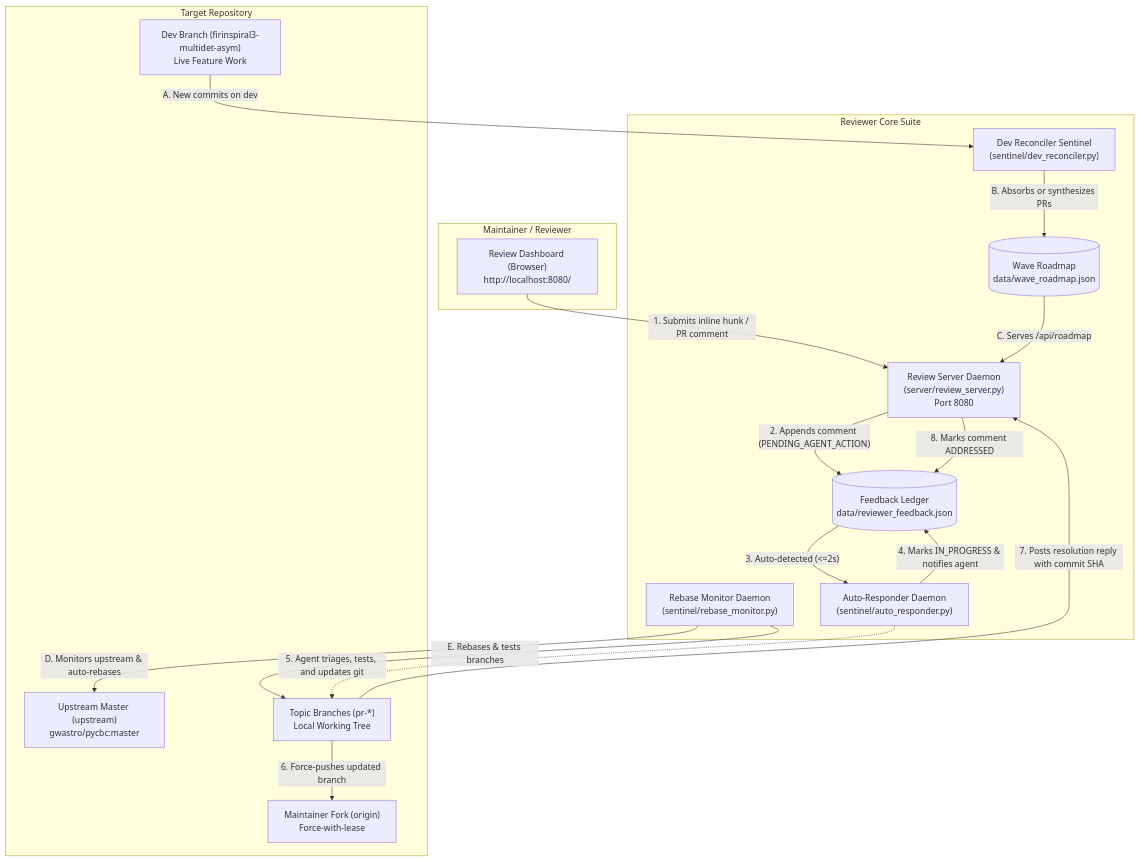
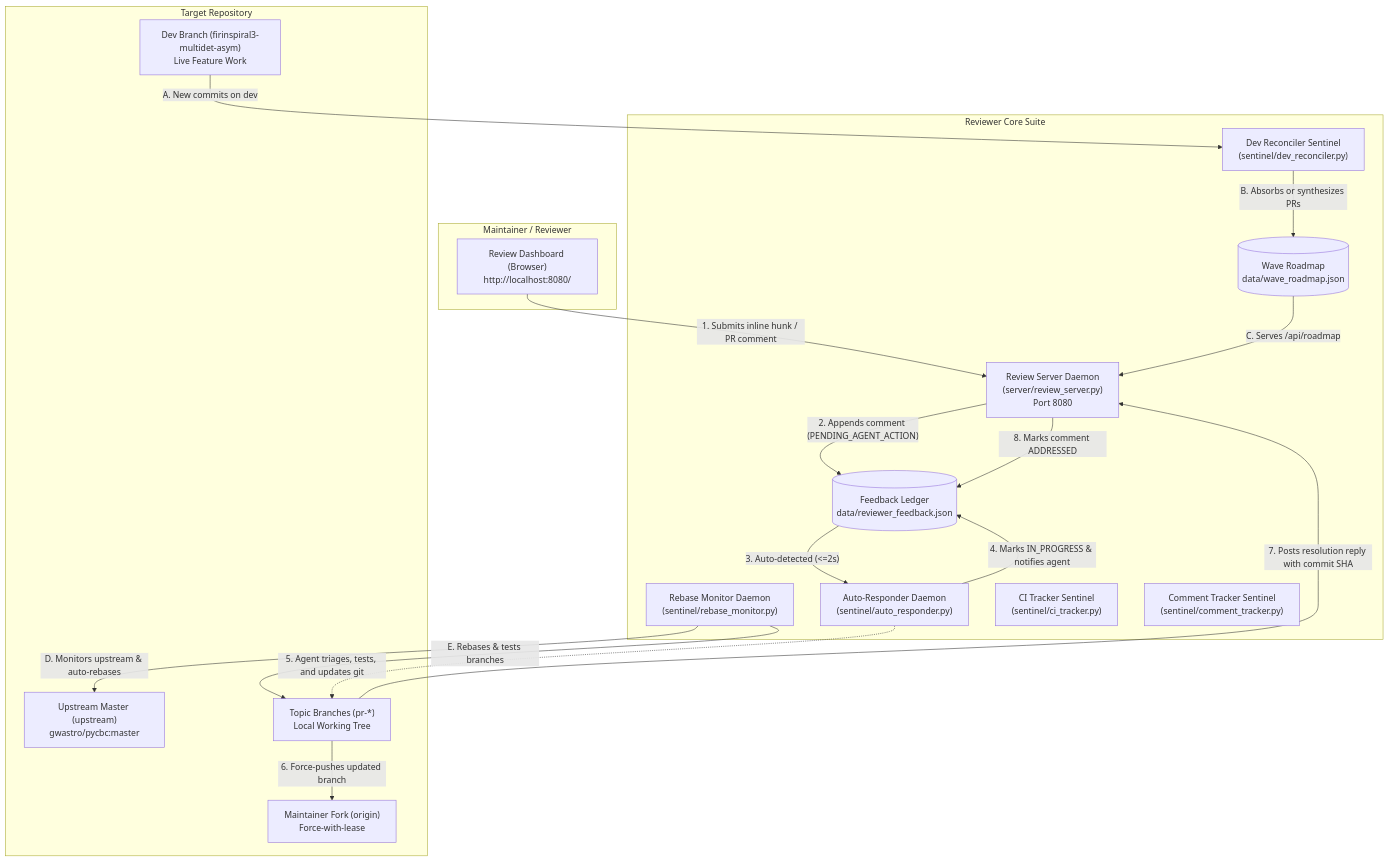
The diagram in AGENTS.md (ahnitz/reviewer), drawn with Mermaid before and after one commit. The commit also changed other lines of this file and 19 other files, not shown here.

````diff
--- a/AGENTS.md
+++ b/AGENTS.md
@@ -13,38 +13,40 @@
 ```mermaid
 flowchart TD
     subgraph Human["Maintainer / Reviewer"]
         UI["Review Dashboard (Browser)\nhttp://localhost:8080/"]
     end
 
     subgraph Reviewer["Reviewer Core Suite"]
         SERVER["Review Server Daemon\n(server/review_server.py)\nPort 8080"]
         LEDGER[("Feedback Ledger\ndata/reviewer_feedback.json")]
         ROADMAP[("Wave Roadmap\ndata/wave_roadmap.json")]
         REBASE["Rebase Monitor Daemon\n(sentinel/rebase_monitor.py)"]
         RESPONDER["Auto-Responder Daemon\n(sentinel/auto_responder.py)"]
+        CI_TRACKER["CI Tracker Sentinel\n(sentinel/ci_tracker.py)"]
+        CMT_TRACKER["Comment Tracker Sentinel\n(sentinel/comment_tracker.py)"]
         DEV_RECONCILER["Dev Reconciler Sentinel\n(sentinel/dev_reconciler.py)"]
     end
 
     subgraph Git["Target Repository"]
         LOCAL_GIT["Topic Branches (pr-*)\nLocal Working Tree"]
         DEV_BRANCH["Dev Branch (firinspiral3-multidet-asym)\nLive Feature Work"]
         REMOTE_FORK["Maintainer Fork (origin)\nForce-with-lease"]
         UPSTREAM["Upstream Master (upstream)\ngwastro/pycbc:master"]
     end
 
     UI -- "1. Submits inline hunk / PR comment" --> SERVER
     SERVER -- "2. Appends comment (PENDING_AGENT_ACTION)" --> LEDGER
     LEDGER -- "3. Auto-detected (<=2s)" --> RESPONDER
     RESPONDER -- "4. Marks IN_PROGRESS & notifies agent" --> LEDGER
     RESPONDER -. "5. Agent triages, tests, and updates git" .-> LOCAL_GIT
     LOCAL_GIT -- "6. Force-pushes updated branch" --> REMOTE_FORK
     LOCAL_GIT -- "7. Posts resolution reply with commit SHA" --> SERVER
     SERVER -- "8. Marks comment ADDRESSED" --> LEDGER
 
     DEV_BRANCH -- "A. New commits on dev" --> DEV_RECONCILER
     DEV_RECONCILER -- "B. Absorbs or synthesizes PRs" --> ROADMAP
     ROADMAP -- "C. Serves /api/roadmap" --> SERVER
 
     REBASE -- "D. Monitors upstream & auto-rebases" --> UPSTREAM
     REBASE -- "E. Rebases & tests branches" --> LOCAL_GIT
 ```
````
